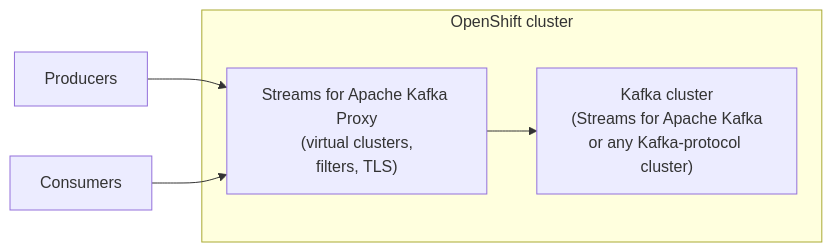
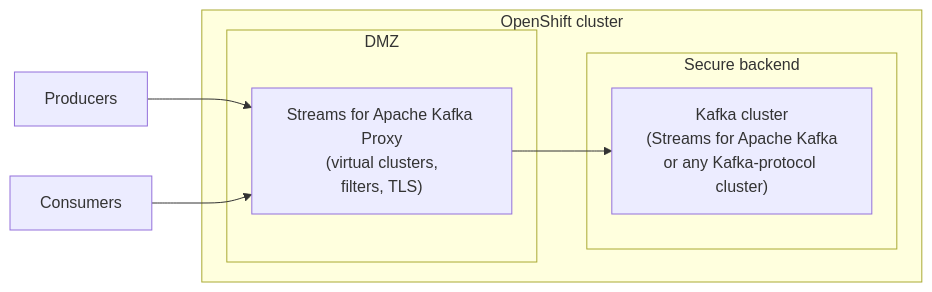
Before and after one commit to jcordes73/kafka-proxy-use-cases: the first of 3 diagrams in README.md, drawn with Mermaid. The commit also changed other lines of this file and 63 other files, not shown here.

````diff
--- a/README.md
+++ b/README.md
@@ -38,10 +38,14 @@
 ```mermaid
 flowchart LR
     subgraph openshift["OpenShift cluster"]
-        P["Streams for Apache Kafka Proxy<br/>(virtual clusters,<br/>filters, TLS)"]
-        K["Kafka cluster<br/>(Streams for Apache Kafka<br/>or any Kafka-protocol cluster)"]
+        subgraph dmzUC["DMZ"]
+            P["Streams for Apache Kafka Proxy<br/>(virtual clusters,<br/>filters, TLS)"]
+        end
+        subgraph backendUC["Secure backend"]
+            K["Kafka cluster<br/>(Streams for Apache Kafka<br/>or any Kafka-protocol cluster)"]
+        end
     end
     Producers["Producers"] --> P
     Consumers["Consumers"] --> P
     P --> K
 ```
````
